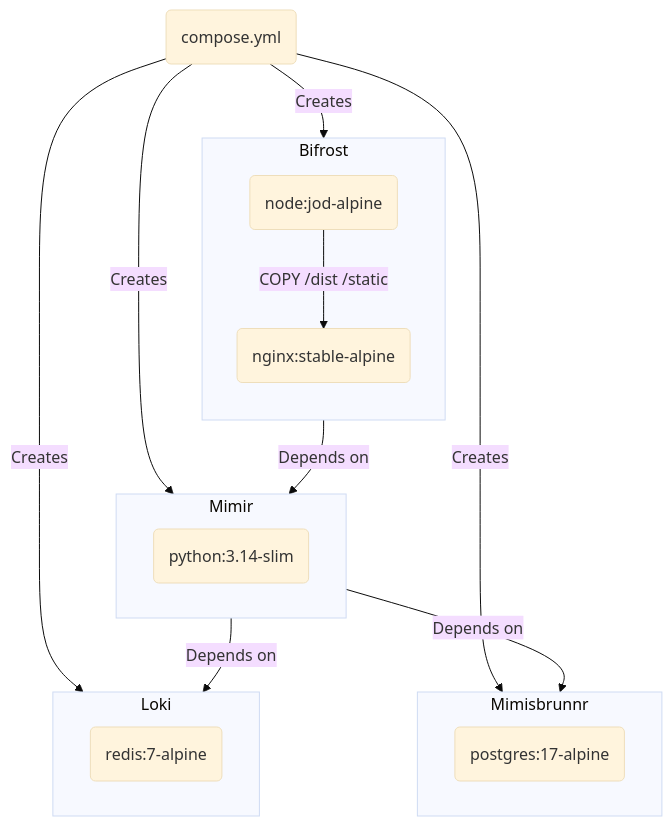
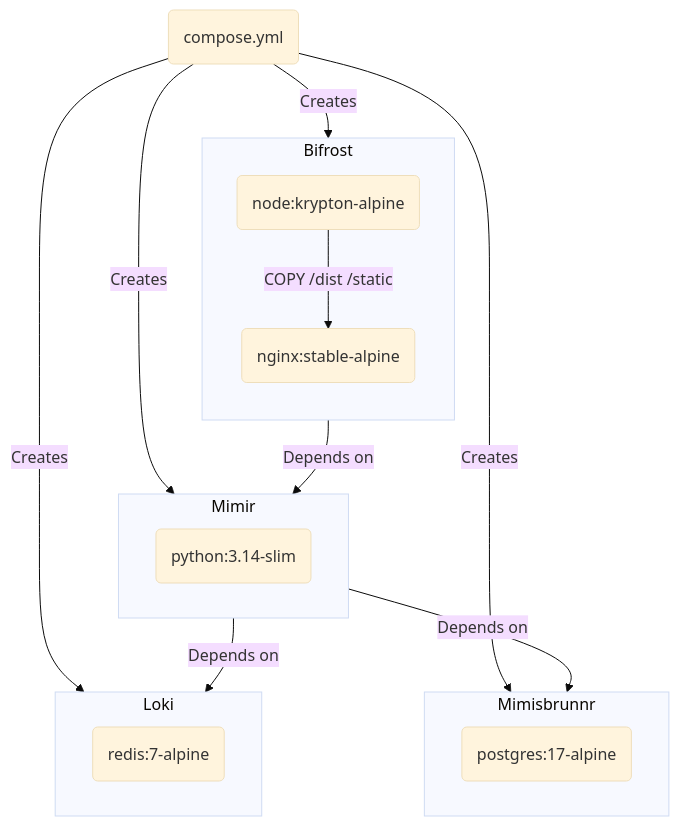
The first of 3 diagrams in README.md (matthew-shaw/conflux), drawn with Mermaid (base theme) before and after one commit. The commit also changed 5 other files, not shown here.

````diff
--- a/README.md
+++ b/README.md
@@ -78,30 +78,30 @@
 ```mermaid
 flowchart TB
     compose(compose.yml)
     nginx(nginx:stable-alpine)
-    node(node:jod-alpine)
+    node(node:krypton-alpine)
     postgres(postgres:17-alpine)
     python(python:3.14-slim)
     redis(redis:7-alpine)
 
     compose -- Creates --> Mimir & Loki & Bifrost & Mimisbrunnr
     Mimir -- Depends on --> Loki & Mimisbrunnr
     Bifrost -- Depends on --> Mimir
 
     subgraph Bifrost
         direction TB
         node -- COPY /dist /static --> nginx
     end
 
     subgraph Mimir
         python
     end
 
     subgraph Mimisbrunnr
         postgres
     end
 
     subgraph Loki
         redis
     end
 ```
````
